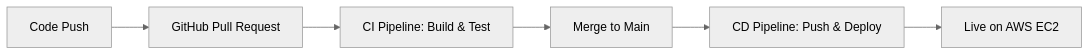
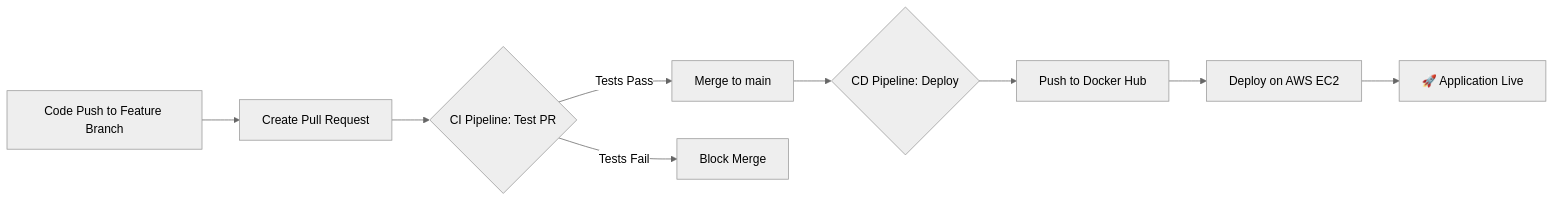
The diagram in README.md (NitzanNaveh/devops-project), drawn with Mermaid (neutral theme) before and after one commit. The commit also changed other lines of this file, not shown here.

````diff
--- a/README.md
+++ b/README.md
@@ -24,8 +23,11 @@
 ```mermaid
 graph LR
-    A[Code Push] --> B[GitHub Pull Request]
-    B --> C[CI Pipeline: Build & Test]
-    C --> D[Merge to Main]
-    D --> E[CD Pipeline: Push & Deploy]
-    E --> F[Live on AWS EC2]
+    A[Code Push to Feature Branch] --> B[Create Pull Request]
+    B --> C{CI Pipeline: Test PR}
+    C -- Tests Pass --> D[Merge to main]
+    C -- Tests Fail --> X[Block Merge]
+    D --> E{CD Pipeline: Deploy}
+    E --> F[Push to Docker Hub]
+    F --> G[Deploy on AWS EC2]
+    G --> H[🚀 Application Live]
 ```
````
